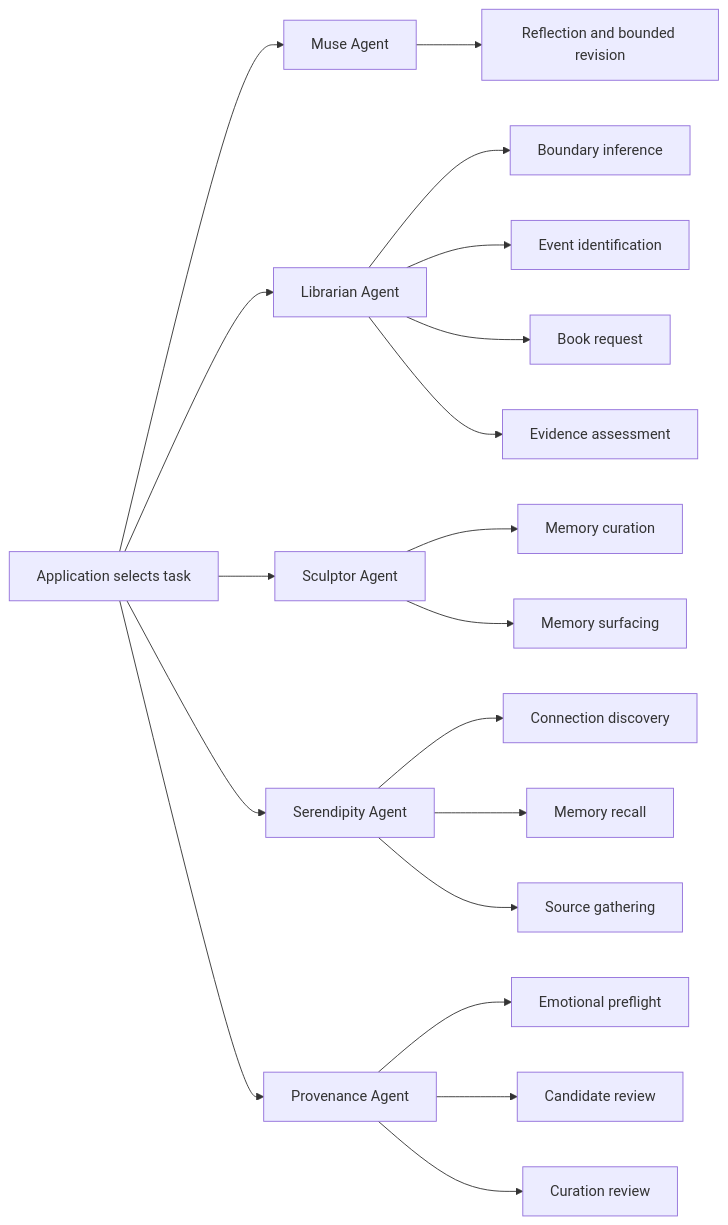
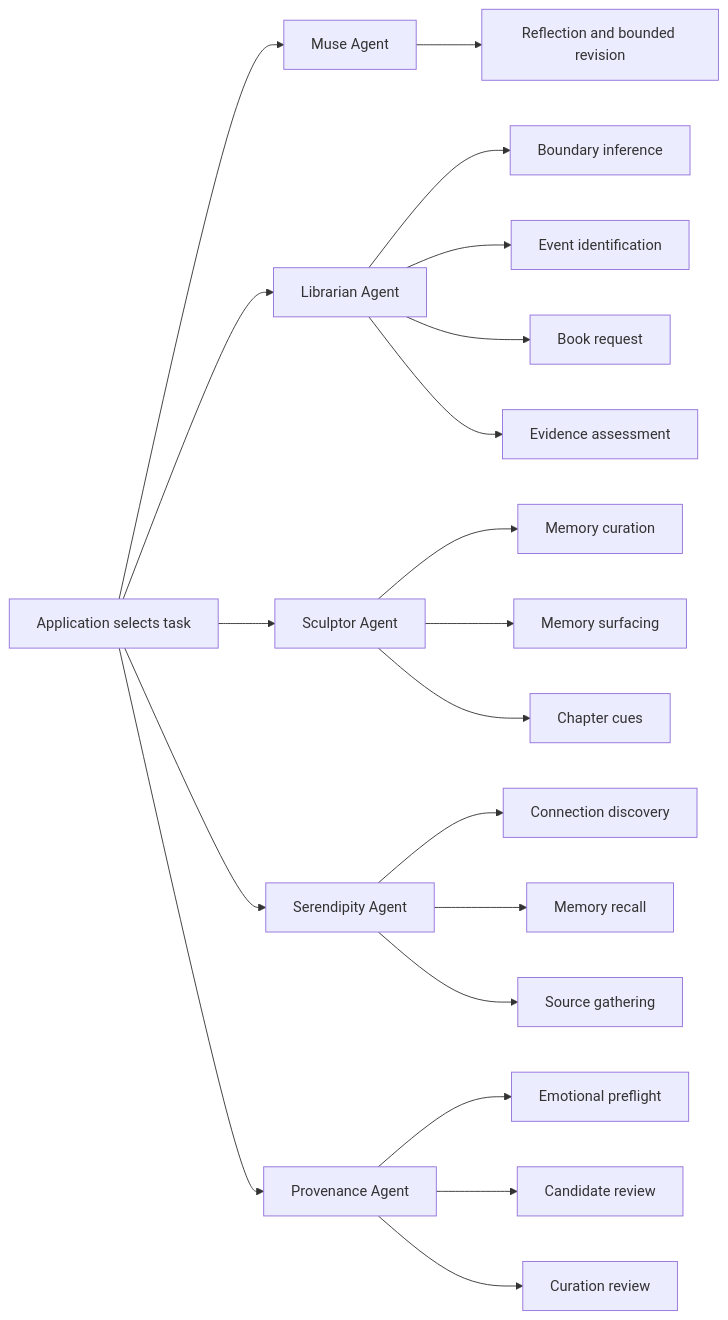
The first of 2 diagrams in docs/agent-skills.md (DesmondChoy/linger), drawn with Mermaid before and after one commit. The commit also changed other lines of this file and 26 other files, not shown here.

First line of the commit message:
feat(sculptor): run Experiment 3 chapter-cue loop with owner-approved stages

````diff
--- a/docs/agent-skills.md
+++ b/docs/agent-skills.md
@@ -35,21 +36,22 @@
 ```mermaid
 flowchart LR
     App[Application selects task] --> Muse[Muse Agent]
     App --> Librarian[Librarian Agent]
     App --> Sculptor[Sculptor Agent]
     App --> Serendipity[Serendipity Agent]
     App --> Provenance[Provenance Agent]
     Muse --> Reflection[Reflection and bounded revision]
     Librarian --> Boundary[Boundary inference]
     Librarian --> Identify[Event identification]
     Librarian --> Request[Book request]
     Librarian --> Strength[Evidence assessment]
     Sculptor --> Curation[Memory curation]
     Sculptor --> Surfacing[Memory surfacing]
+    Sculptor --> Cues[Chapter cues]
     Serendipity --> Connection[Connection discovery]
     Serendipity --> Recall[Memory recall]
     Serendipity --> Gathering[Source gathering]
     Provenance --> Preflight[Emotional preflight]
     Provenance --> Candidate[Candidate review]
     Provenance --> CurationReview[Curation review]
 ```
````
